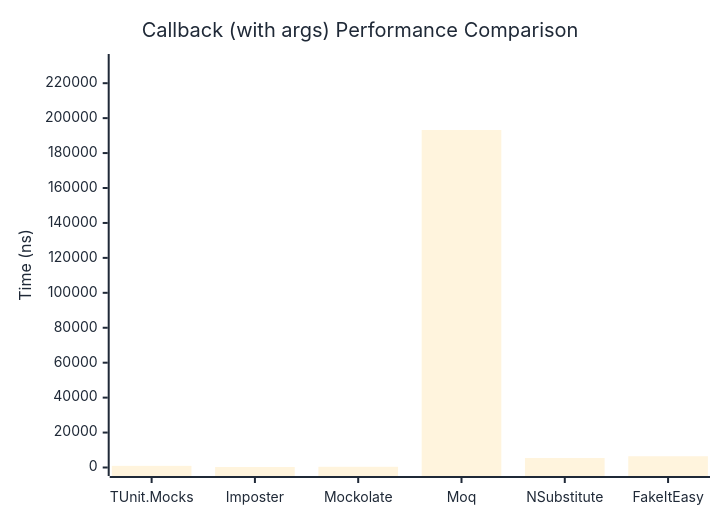
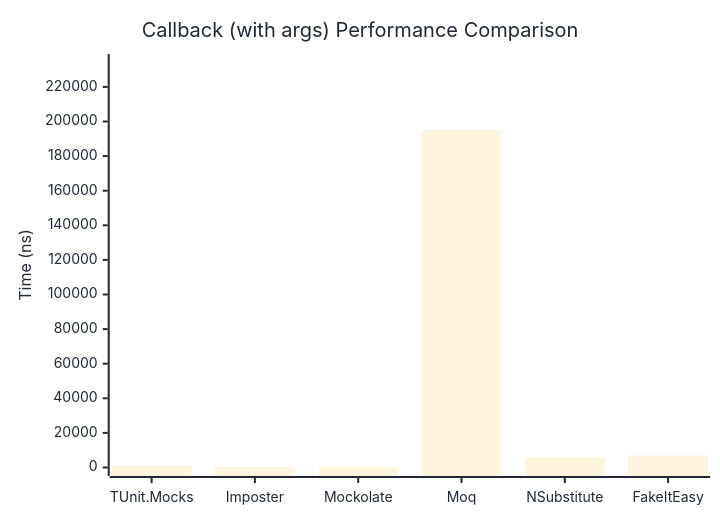
The second of 2 diagrams in docs/docs/benchmarks/mocks/Callback.md (thomhurst/TUnit), drawn with Mermaid before and after one commit. The commit also changed other lines of this file and 14 other files, not shown here.

````diff
--- a/docs/docs/benchmarks/mocks/Callback.md
+++ b/docs/docs/benchmarks/mocks/Callback.md
@@ -71,27 +71,27 @@
 ```mermaid
 %%{init: {
   'theme':'base',
   'themeVariables': {
     'primaryColor': '#2563eb',
     'primaryTextColor': '#1f2937',
     'primaryBorderColor': '#1e40af',
     'lineColor': '#6b7280',
     'secondaryColor': '#7c3aed',
     'tertiaryColor': '#dc2626',
     'background': '#ffffff',
     'pie1': '#2563eb',
     'pie2': '#7c3aed',
     'pie3': '#dc2626',
     'pie4': '#f59e0b',
     'pie5': '#10b981',
     'pie6': '#06b6d4',
     'pie7': '#ec4899',
     'pie8': '#6366f1'
   }
 }}%%
 xychart-beta
   title "Callback (with args) Performance Comparison"
   x-axis ["TUnit.Mocks", "Imposter", "Mockolate", "Moq", "NSubstitute", "FakeItEasy"]
-  y-axis "Time (ns)" 0 --> 231850
-  bar [941.4, 273.3, 410.1, 193208.2, 5438.4, 6443.9]
+  y-axis "Time (ns)" 0 --> 234096
+  bar [879.7, 301, 444.5, 195080, 5817.9, 6946.7]
 ```
````
